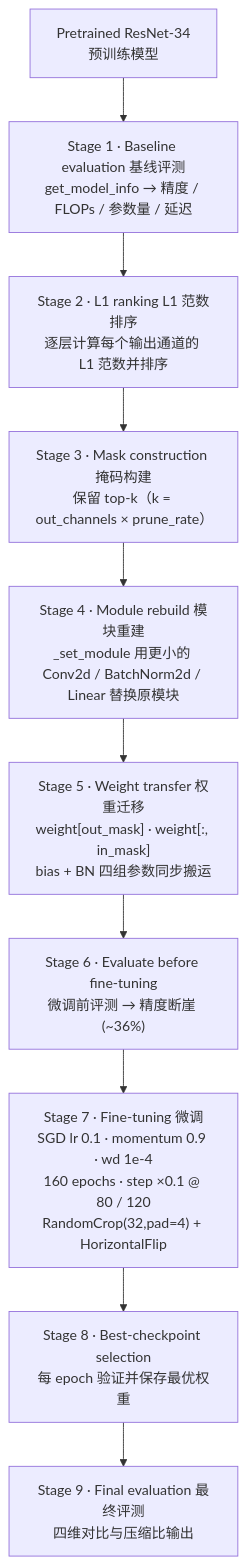
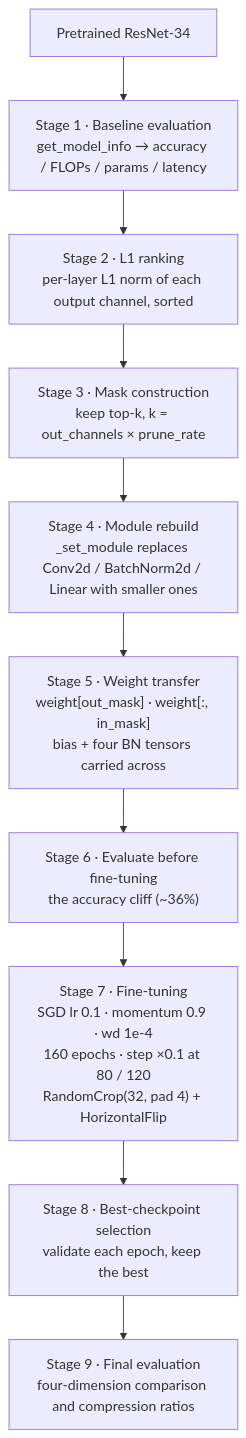
One commit to Hanwen-Tao/project-portfolio changed the first of 2 diagrams in docs/02-dnn-inference-optimization.md. Above: the diagram before and after it, drawn with Mermaid. The commit also changed other lines of this file and 11 other files, not shown here.

````diff
--- a/docs/02-dnn-inference-optimization.md
+++ b/docs/02-dnn-inference-optimization.md
@@ -59,12 +58,12 @@
 ```mermaid
 flowchart TD
-    A["Pretrained ResNet-34<br/>预训练模型"] --> B["Stage 1 · Baseline evaluation 基线评测<br/>get_model_info → 精度 / FLOPs / 参数量 / 延迟"]
-    B --> C["Stage 2 · L1 ranking L1 范数排序<br/>逐层计算每个输出通道的 L1 范数并排序"]
-    C --> D["Stage 3 · Mask construction 掩码构建<br/>保留 top-k（k = out_channels × prune_rate）"]
-    D --> E["Stage 4 · Module rebuild 模块重建<br/>_set_module 用更小的 Conv2d / BatchNorm2d / Linear 替换原模块"]
-    E --> F["Stage 5 · Weight transfer 权重迁移<br/>weight[out_mask] · weight[:, in_mask]<br/>bias + BN 四组参数同步搬运"]
-    F --> G["Stage 6 · Evaluate before fine-tuning<br/>微调前评测 → 精度断崖 (~36%)"]
-    G --> H["Stage 7 · Fine-tuning 微调<br/>SGD lr 0.1 · momentum 0.9 · wd 1e-4<br/>160 epochs · step ×0.1 @ 80 / 120<br/>RandomCrop(32,pad=4) + HorizontalFlip"]
-    H --> I["Stage 8 · Best-checkpoint selection<br/>每 epoch 验证并保存最优权重"]
-    I --> J["Stage 9 · Final evaluation 最终评测<br/>四维对比与压缩比输出"]
+    A["Pretrained ResNet-34"] --> B["Stage 1 · Baseline evaluation<br/>get_model_info → accuracy / FLOPs / params / latency"]
+    B --> C["Stage 2 · L1 ranking<br/>per-layer L1 norm of each output channel, sorted"]
+    C --> D["Stage 3 · Mask construction<br/>keep top-k, k = out_channels × prune_rate"]
+    D --> E["Stage 4 · Module rebuild<br/>_set_module replaces Conv2d / BatchNorm2d / Linear with smaller ones"]
+    E --> F["Stage 5 · Weight transfer<br/>weight[out_mask] · weight[:, in_mask]<br/>bias + four BN tensors carried across"]
+    F --> G["Stage 6 · Evaluate before fine-tuning<br/>the accuracy cliff (~36%)"]
+    G --> H["Stage 7 · Fine-tuning<br/>SGD lr 0.1 · momentum 0.9 · wd 1e-4<br/>160 epochs · step ×0.1 at 80 / 120<br/>RandomCrop(32, pad 4) + HorizontalFlip"]
+    H --> I["Stage 8 · Best-checkpoint selection<br/>validate each epoch, keep the best"]
+    I --> J["Stage 9 · Final evaluation<br/>four-dimension comparison and compression ratios"]
 ```
````
